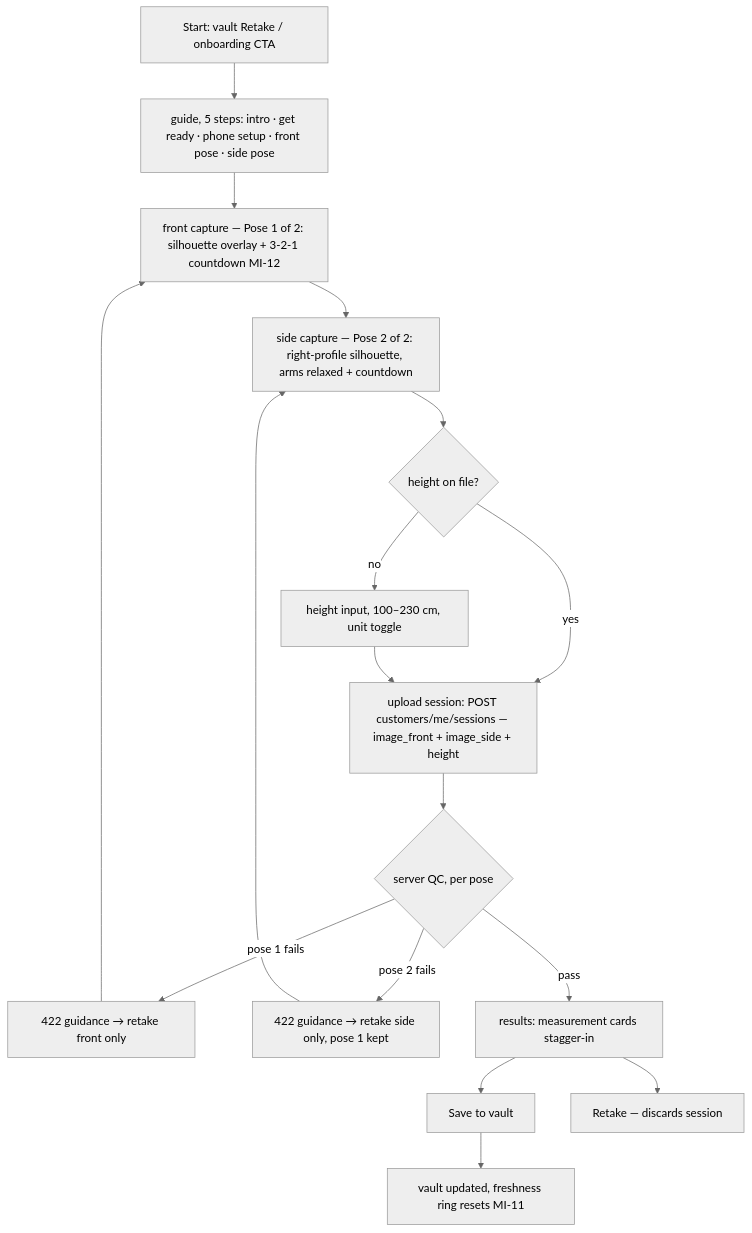
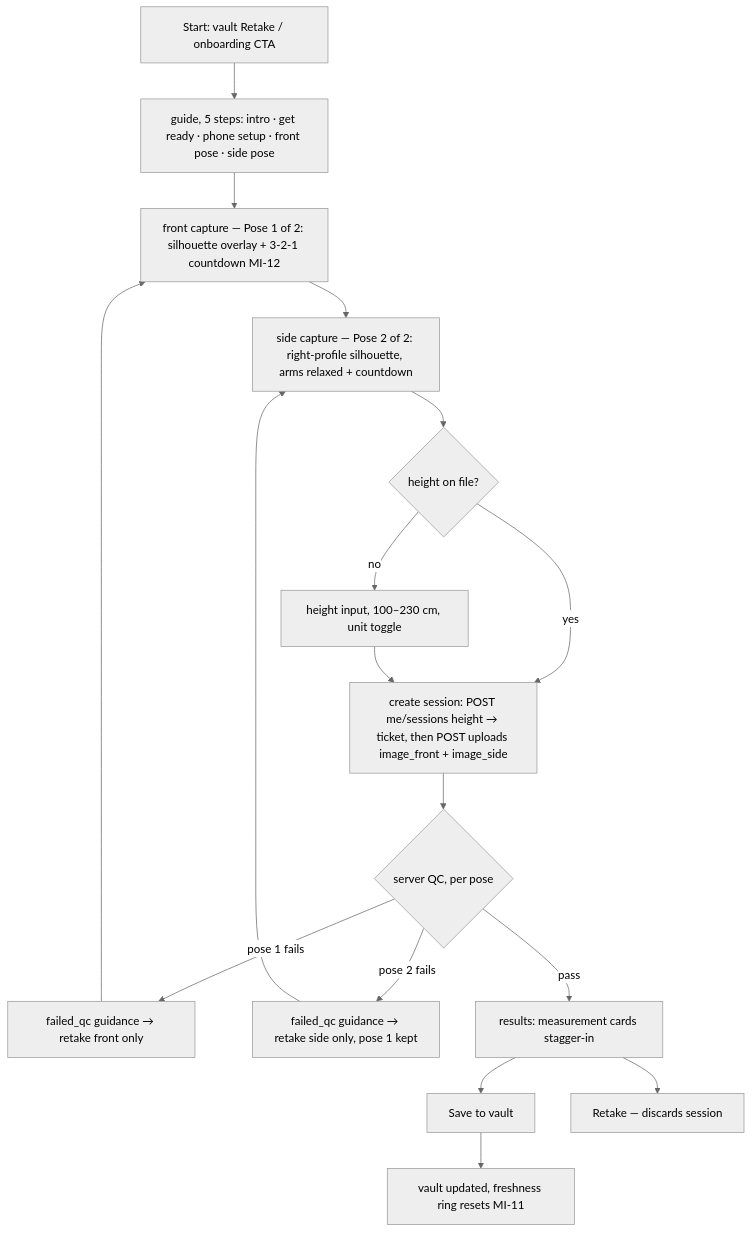
Before and after one commit to cuesoftinc/apparule: the diagram in docs/flows/vault.md, drawn with Mermaid (neutral theme). The commit also changed other lines of this file and 304 other files, not shown here.

````diff
--- a/docs/flows/vault.md
+++ b/docs/flows/vault.md
@@ -22,19 +22,19 @@
 ```mermaid
 flowchart TD
     S[Start: vault Retake / onboarding CTA] --> GUIDE[guide, 5 steps: intro · get ready · phone setup · front pose · side pose]
     GUIDE --> CAM1[front capture — Pose 1 of 2: silhouette overlay + 3-2-1 countdown MI-12]
     CAM1 --> CAM2[side capture — Pose 2 of 2: right-profile silhouette, arms relaxed + countdown]
     CAM2 --> H{height on file?}
     H -->|no| HEIGHT[height input, 100–230 cm, unit toggle]
     H -->|yes| UP
-    HEIGHT --> UP[upload session: POST customers/me/sessions — image_front + image_side + height]
+    HEIGHT --> UP[create session: POST me/sessions height → ticket, then POST uploads image_front + image_side]
     UP --> QC{server QC, per pose}
-    QC -->|pose 1 fails| R1[422 guidance → retake front only]
-    QC -->|pose 2 fails| R2[422 guidance → retake side only, pose 1 kept]
+    QC -->|pose 1 fails| R1[failed_qc guidance → retake front only]
+    QC -->|pose 2 fails| R2[failed_qc guidance → retake side only, pose 1 kept]
     QC -->|pass| RESULTS[results: measurement cards stagger-in]
     R1 --> CAM1
     R2 --> CAM2
     RESULTS --> SAVE[Save to vault]
     RESULTS --> RETAKE[Retake — discards session]
     SAVE --> DONE[vault updated, freshness ring resets MI-11]
 ```
````
